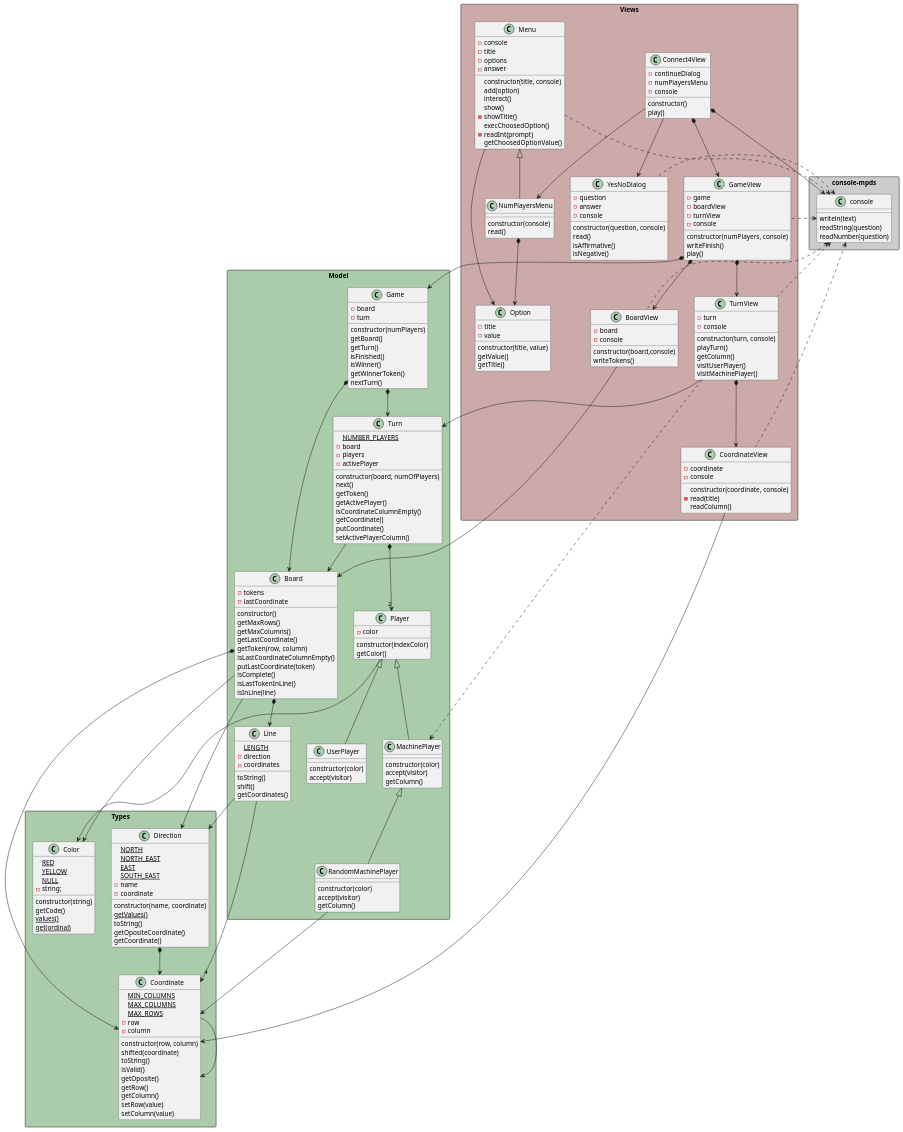
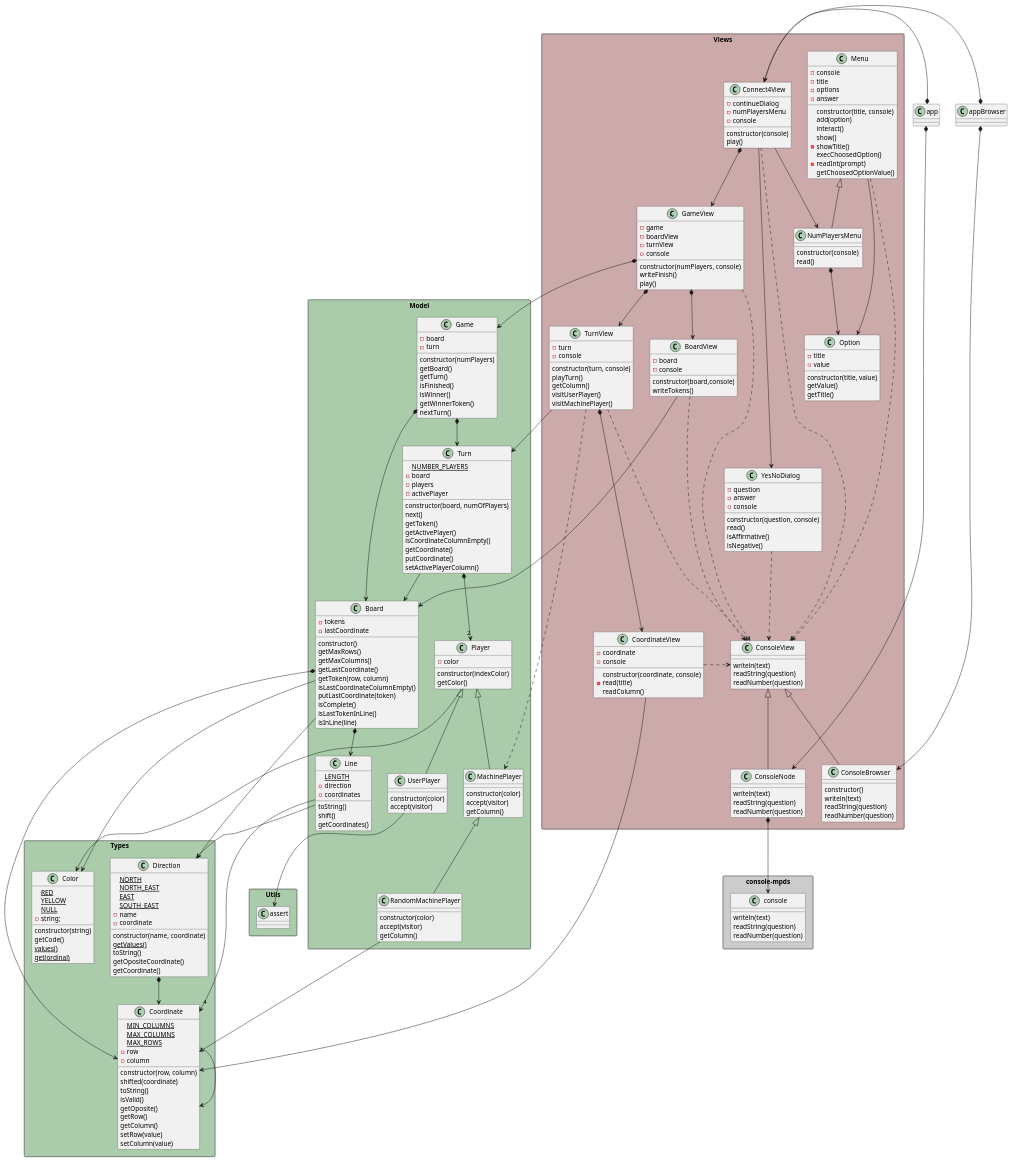
Before and after one commit to mpaulaherrero/escuelaIT: the diagram in game-connect4/docs/diagrams/objectOriented/classNotation/class diagram.plantuml, drawn with PlantUML. The commit also changed 1 other file, not shown here.

Commit message:
uml de consoleView

```diff
--- a/game-connect4/docs/diagrams/objectOriented/classNotation/class diagram.plantuml
+++ b/game-connect4/docs/diagrams/objectOriented/classNotation/class diagram.plantuml
@@ -51,6 +51,10 @@
         {static} get(ordinal)
     }    
 }    
+
+package "Utils" <<Rectangle>> #aca {
+    class assert
+}   
 
 package "Model" <<Rectangle>> #aca {
 
@@ -141,7 +145,7 @@
         -continueDialog
         -numPlayersMenu
         -console
-        constructor()
+        constructor(console)
         play()
     }
 
@@ -211,9 +215,26 @@
         read()
     }
 
+    class ConsoleView {
+        writeln(text)
+        readString(question)
+        readNumber(question)
+    }   
+
+    class ConsoleNode extends ConsoleView {
+        writeln(text)
+        readString(question)
+        readNumber(question)
+    }
+
+    class ConsoleBrowser extends ConsoleView {
+        constructor()
+        writeln(text)
+        readString(question)
+        readNumber(question)
+    }
+
 }
-
-
 
 Coordinate -> Coordinate
 
@@ -230,6 +251,7 @@
 Player -down-> Color
 
 RandomMachinePlayer --> Coordinate
+UserPlayer --> assert
 
 Turn *-down-> "2" Player
 Turn -down-> Board
@@ -256,12 +278,19 @@
 Menu --> Option
 NumPlayersMenu *-down-> Option
 
-Connect4View *-down-> console
-YesNoDialog .-l-> console
-GameView .-l-> console
-BoardView .-l-> console
-TurnView .-l-> console
-CoordinateView .-l-> console
-Menu .-l-> console
+Connect4View .-down-> ConsoleView
+YesNoDialog .-right-> ConsoleView
+GameView .-down-> ConsoleView
+BoardView .-down-> ConsoleView
+TurnView .-down-> ConsoleView
+CoordinateView .-right-> ConsoleView
+Menu .-down-> ConsoleView
+
+ConsoleNode *-down-> console
+
+app *-> ConsoleNode
+app *-> Connect4View
+appBrowser *-> ConsoleBrowser
+appBrowser *-> Connect4View
 
 @enduml
```
